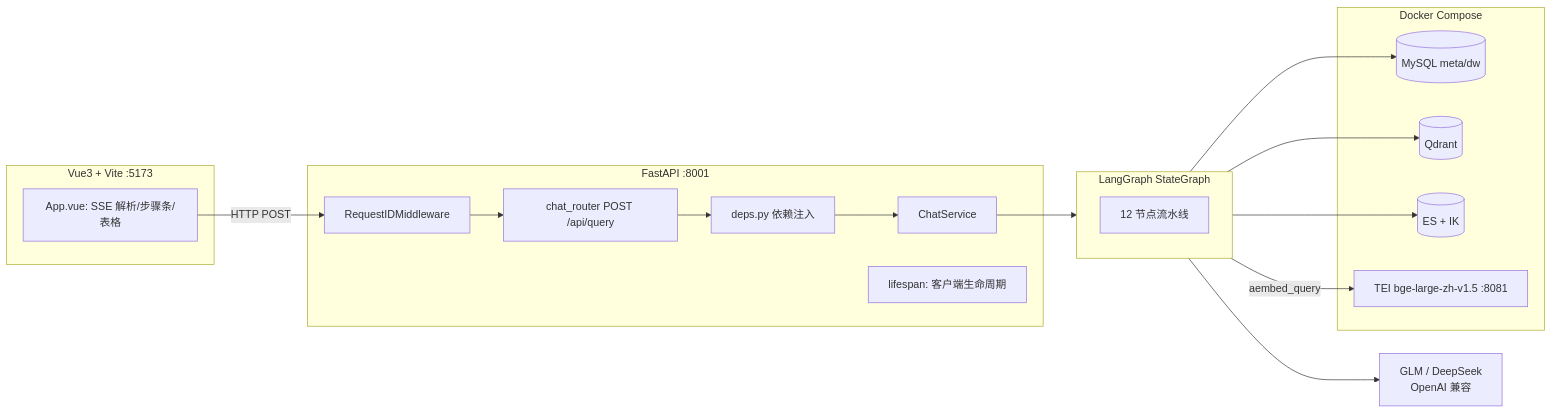
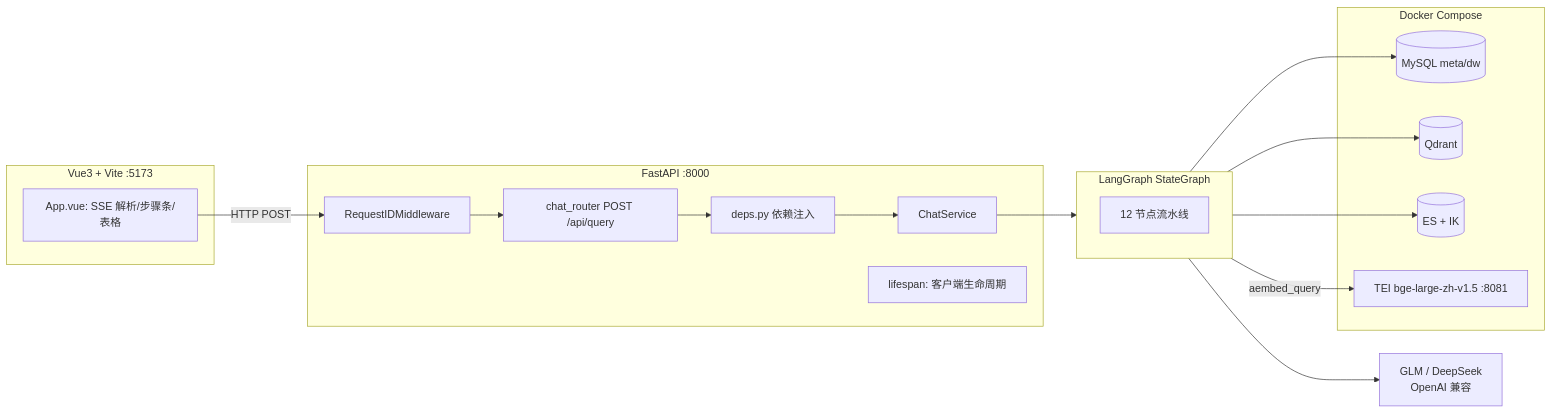
Before and after one commit to allanlvbaba/data_agent: the first of 2 diagrams in docs/开发文档.md, drawn with Mermaid. The commit also changed other lines of this file and 2 other files, not shown here.

Commit message:
revert: 前后端恢复 8000 端口方案
8000 存在 PID 无归属的僵尸 LISTENING(winnat 端口映射泄漏),
清理需管理员执行 net stop/start winnat,清理后沿用 8000

````diff
--- a/docs/开发文档.md
+++ b/docs/开发文档.md
@@ -16,25 +16,25 @@
 ```mermaid
 flowchart LR
     subgraph FE[Vue3 + Vite :5173]
         AV[App.vue: SSE 解析/步骤条/表格]
     end
-    subgraph BE[FastAPI :8001]
+    subgraph BE[FastAPI :8000]
         MW[RequestIDMiddleware] --> RT[chat_router POST /api/query]
         RT --> DEPS[deps.py 依赖注入] --> CS[ChatService]
         LS[lifespan: 客户端生命周期]
     end
     subgraph AGENT[LangGraph StateGraph]
         N[12 节点流水线]
     end
     subgraph INFRA[Docker Compose]
         MY[(MySQL meta/dw)]
         QD[(Qdrant)]
         ES[(ES + IK)]
         TEI[TEI bge-large-zh-v1.5 :8081]
     end
     LLM[GLM / DeepSeek<br/>OpenAI 兼容]
     AV -->|HTTP POST| MW
     CS --> AGENT
     AGENT --> MY & QD & ES & LLM
     AGENT -->|aembed_query| TEI
 ```
````
